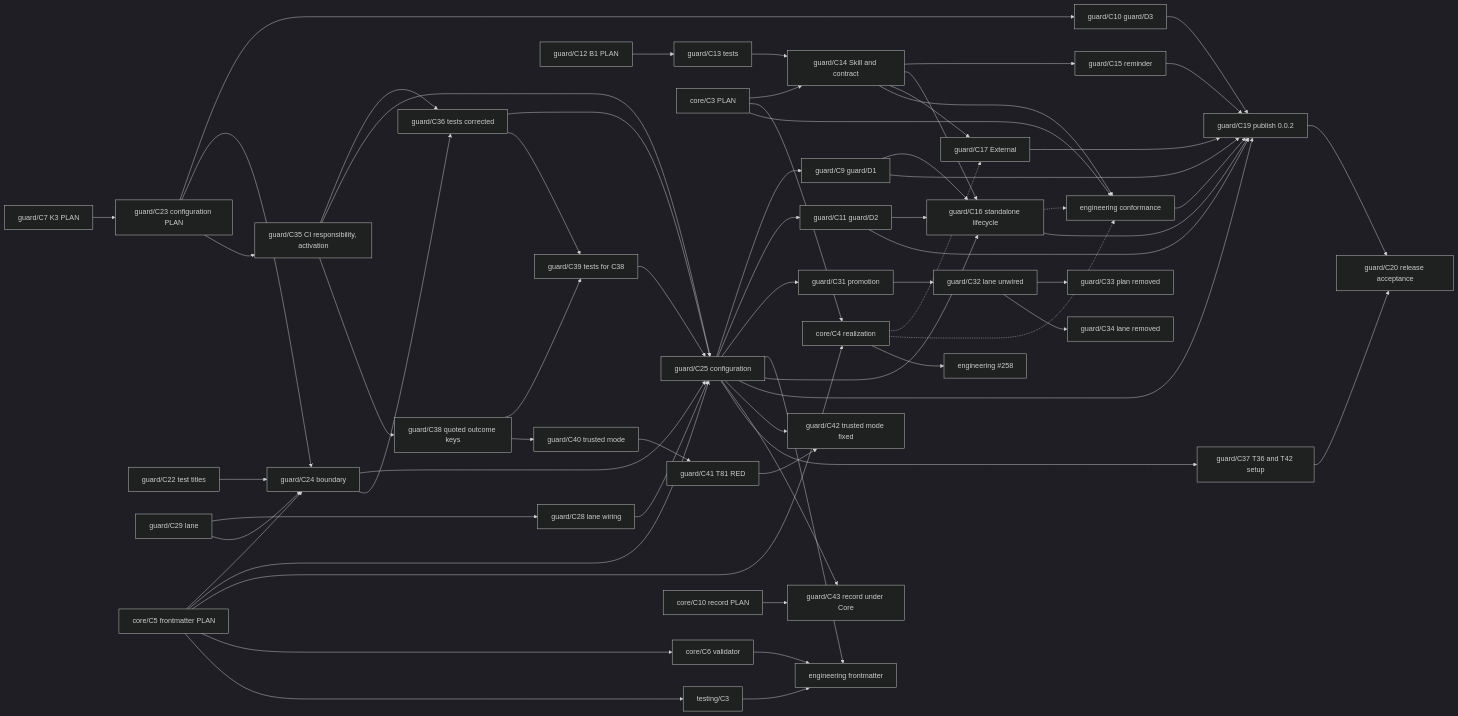
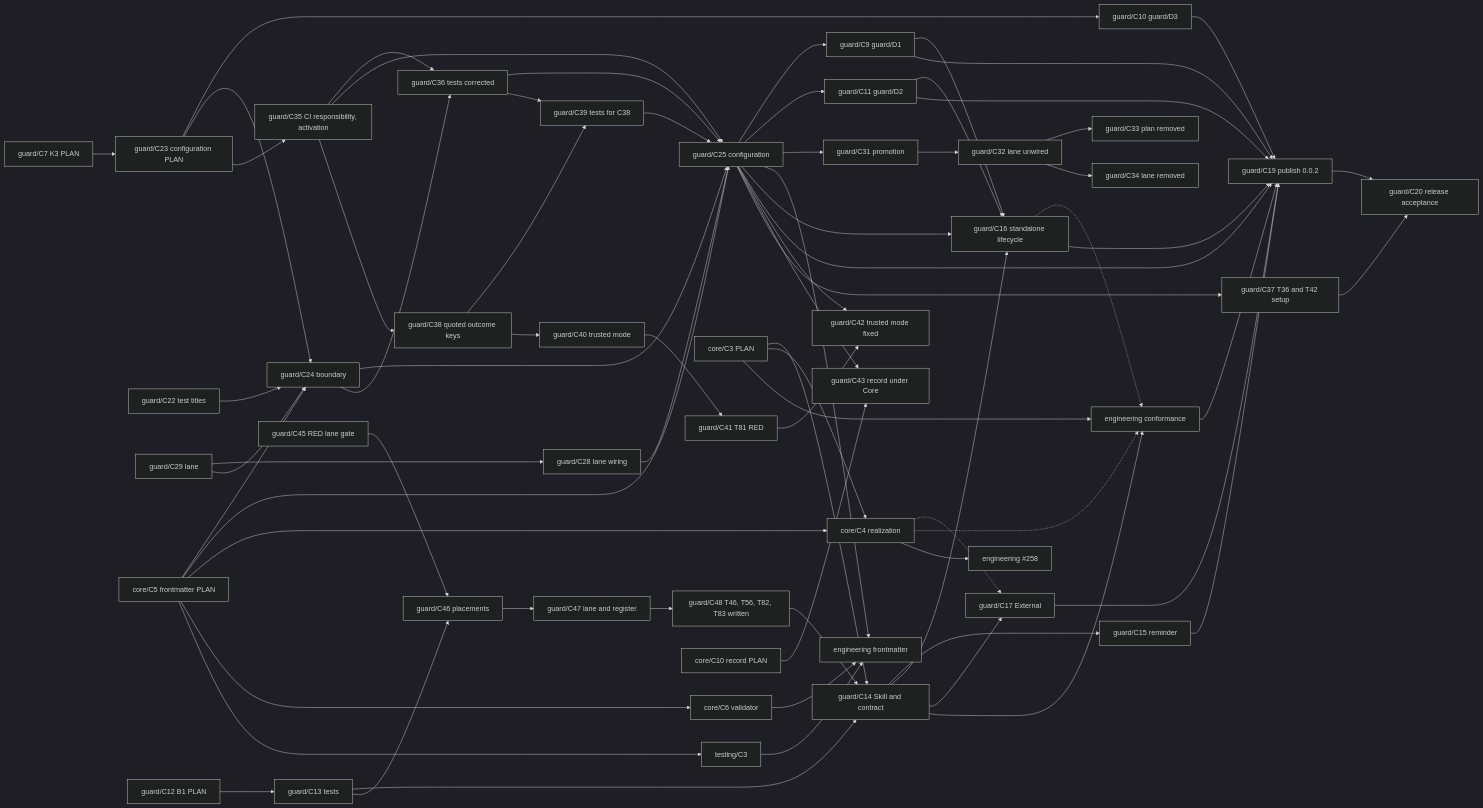
Before and after one commit to Kai-Hacks-AI/KAAL: the diagram in engineering/guard/change.md, drawn with Mermaid (dark theme). The commit also changed other lines of this file and 2 other files, not shown here.

First line of the commit message:
guard/C46: the placements the Owner decided on #381

````diff
--- a/engineering/guard/change.md
+++ b/engineering/guard/change.md
@@ -238,67 +242,72 @@
 ```mermaid
 graph LR
   C7[guard/C7 K3 PLAN] --> C23[guard/C23 configuration PLAN]
   C25 --> C9[guard/C9 guard/D1]
   C23 --> C10[guard/C10 guard/D3]
   C25 --> C11[guard/C11 guard/D2]
   C22[guard/C22 test titles] --> C24[guard/C24 boundary]
   C23 --> C24
   C29[guard/C29 lane] --> C28[guard/C28 lane wiring]
   C29 --> C24
   C28 --> C25
   C24 --> C25[guard/C25 configuration]
   C23 --> C35[guard/C35 CI responsibility, activation]
   C35 --> C36[guard/C36 tests corrected]
   C24 --> C36
   C35 --> C25
   C36 --> C25
   C25 --> C31[guard/C31 promotion]
   C31 --> C32[guard/C32 lane unwired]
   C32 --> C33[guard/C33 plan removed]
   C32 --> C34[guard/C34 lane removed]
   FM5 --> C24
   FM5 --> C25
   C25 --> FE
   C12[guard/C12 B1 PLAN] --> C13[guard/C13 tests]
   C13 --> C14[guard/C14 Skill and contract]
+  C13 --> C46[guard/C46 placements]
+  C45[guard/C45 RED lane gate] --> C46
+  C46 --> C47[guard/C47 lane and register]
+  C47 --> C48[guard/C48 T46, T56, T82, T83 written]
+  C48 --> C14
   CP[core/C3 PLAN] --> C14
   C14 --> C15[guard/C15 reminder]
   C14 --> C16[guard/C16 standalone lifecycle]
   C25 --> C16
   C9 --> C16
   C11 --> C16
   C14 --> C17[guard/C17 External]
   CP --> CR[core/C4 realization]
   FM5[core/C5 frontmatter PLAN] --> CR
   FM5 --> FM6[core/C6 validator]
   FM5 --> TT[testing/C3]
   FM6 --> FE[engineering frontmatter]
   TT --> FE
   CR -.-> C17
   C14 --> EC[engineering conformance]
   CP --> EC
   C16 -.-> EC
   CR -.-> EC
   CR --> EA[engineering #258]
   C9 --> C19[guard/C19 publish 0.0.2]
   C10 --> C19
   C11 --> C19
   C15 --> C19
   C16 --> C19
   C25 --> C19
   C17 --> C19
   EC --> C19
   C35 --> C38[guard/C38 quoted outcome keys]
   C38 --> C39[guard/C39 tests for C38]
   C36 --> C39
   C39 --> C25
   C38 --> C40[guard/C40 trusted mode]
   C40 --> C41[guard/C41 T81 RED]
   C41 --> C42[guard/C42 trusted mode fixed]
   C25 --> C42
   C25 --> C43[guard/C43 record under Core]
   CRC[core/C10 record PLAN] --> C43
   C25 --> C37[guard/C37 T36 and T42 setup]
   C37 --> C20[guard/C20 release acceptance]
   C19 --> C20
 ```
````
